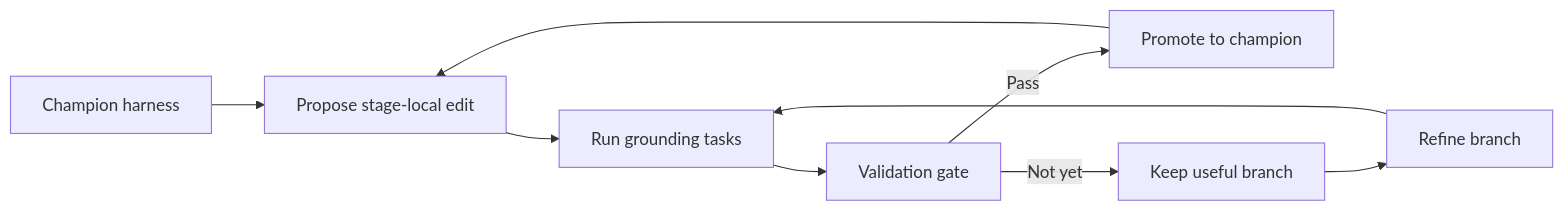
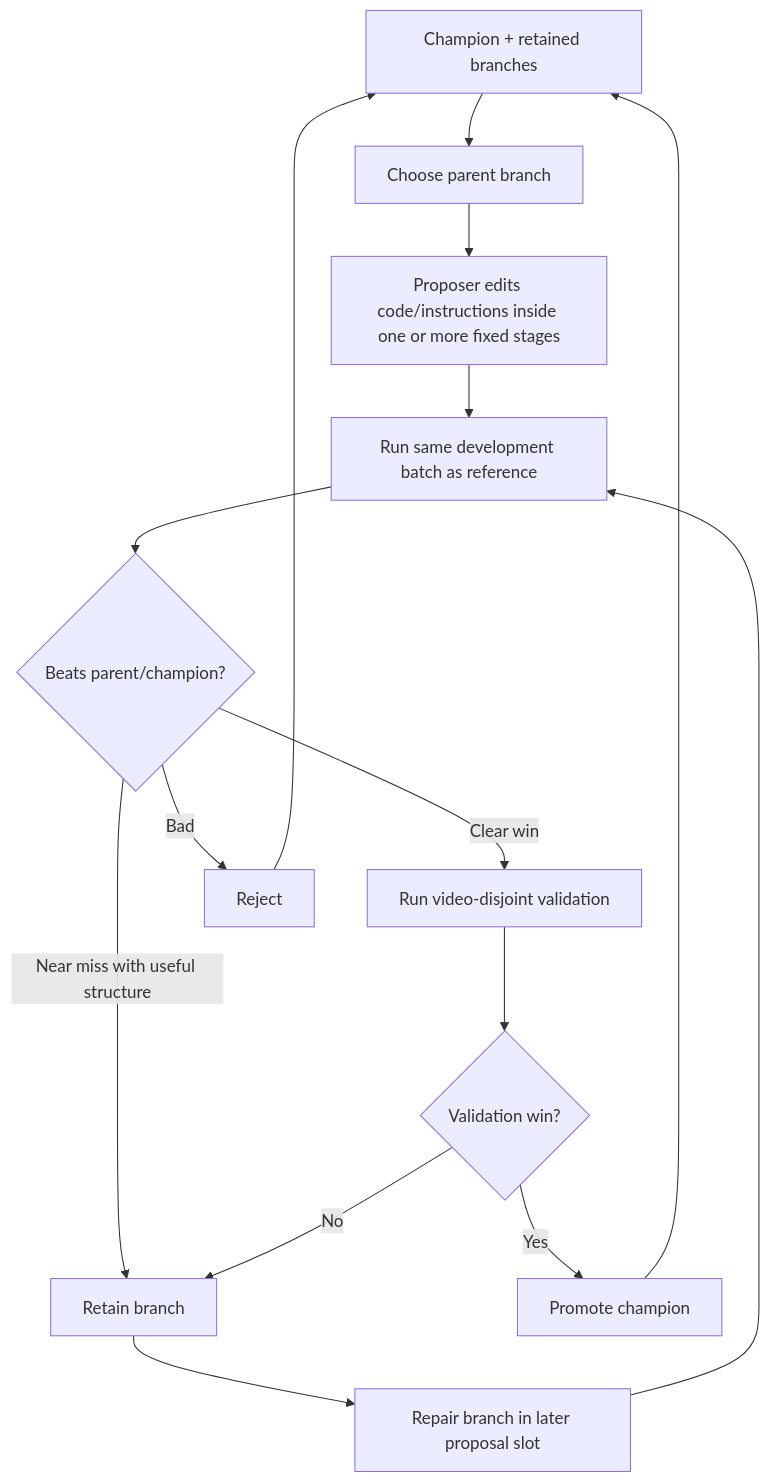
The diagram in _analyses/2610.01766.md (ShadowKingYT444/harness-papers-daily), drawn with Mermaid before and after one commit. The commit also changed other lines of this file and 37 other files, not shown here.

````diff
--- a/_analyses/2610.01766.md
+++ b/_analyses/2610.01766.md
@@ -21,11 +52,17 @@
-```mermaid
-flowchart LR
-    A[Champion harness] --> B[Propose stage-local edit]
-    B --> C[Run grounding tasks]
-    C --> D[Validation gate]
-    D -- Pass --> E[Promote to champion]
-    D -- Not yet --> F[Keep useful branch]
-    F --> G[Refine branch]
-    G --> C
-    E --> B
-```
+~~~mermaid
+flowchart TD
+    A["Champion + retained branches"] --> B["Choose parent branch"]
+    B --> C["Proposer edits code/instructions inside one or more fixed stages"]
+    C --> D["Run same development batch as reference"]
+    D --> E{"Beats parent/champion?"}
+    E -- "Clear win" --> F["Run video-disjoint validation"]
+    E -- "Near miss with useful structure" --> G["Retain branch"]
+    E -- "Bad" --> H["Reject"]
+    G --> I["Repair branch in later proposal slot"]
+    I --> D
+    F --> J{"Validation win?"}
+    J -- "Yes" --> K["Promote champion"]
+    J -- "No" --> G
+    K --> A
+    H --> A
+~~~
````
